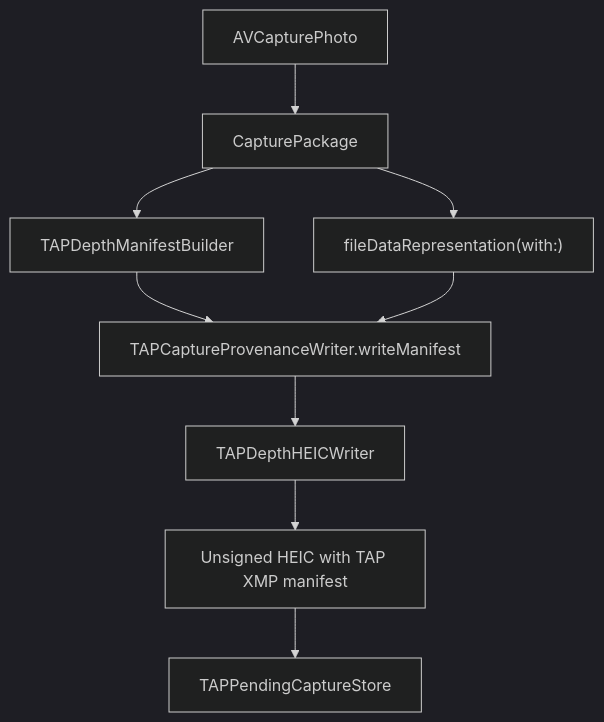
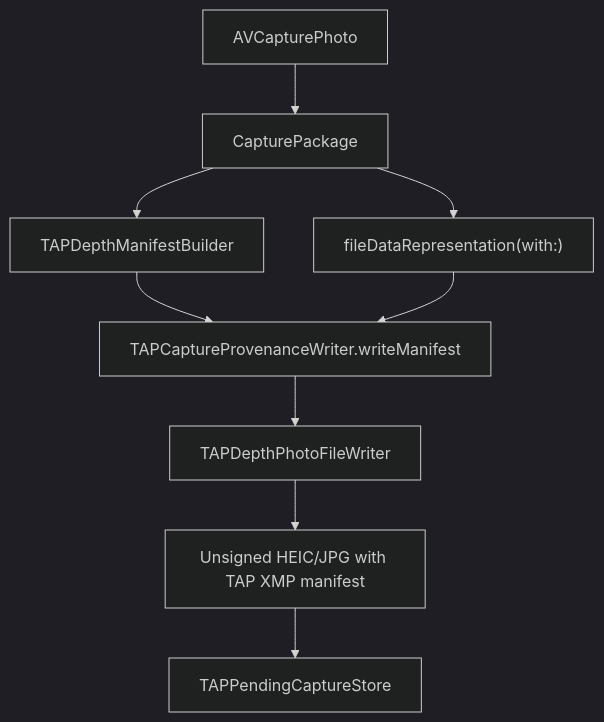
One commit to TAP-NAP/TAPCamDemo changed the fourth of 4 diagrams in TAPCamDemo/CameraCapture/README.md. Above: the diagram before and after it, drawn with Mermaid (dark theme). The commit also changed other lines of this file and 75 other files, not shown here.

Commit message:
Refine capture and diagnostics flow

````diff
--- a/TAPCamDemo/CameraCapture/README.md
+++ b/TAPCamDemo/CameraCapture/README.md
@@ -159,17 +163,17 @@
 ```mermaid
 flowchart TD
     Photo["AVCapturePhoto"] --> Package["CapturePackage"]
     Package --> Manifest["TAPDepthManifestBuilder"]
-    Package --> BaseHEIC["fileDataRepresentation(with:)"]
+    Package --> BasePhoto["fileDataRepresentation(with:)"]
     Manifest --> Provenance["TAPCaptureProvenanceWriter.writeManifest"]
-    BaseHEIC --> Provenance
-    Provenance --> Writer["TAPDepthHEICWriter"]
-    Writer --> Unsigned["Unsigned HEIC with TAP XMP manifest"]
+    BasePhoto --> Provenance
+    Provenance --> Writer["TAPDepthPhotoFileWriter"]
+    Writer --> Unsigned["Unsigned HEIC/JPG with TAP XMP manifest"]
     Unsigned --> Store["TAPPendingCaptureStore"]
 
     click Package "Output/CapturePackage.swift"
     click Manifest "Output/TAPDepthManifestBuilder.swift"
     click Provenance "Output/TAPCaptureProvenanceWriter.swift"
     click Writer "Output/TAPDepthHEICWriter.swift"
     click Store "../TAPLibrary/TAPPendingCaptureStore.swift"
 ```
````
